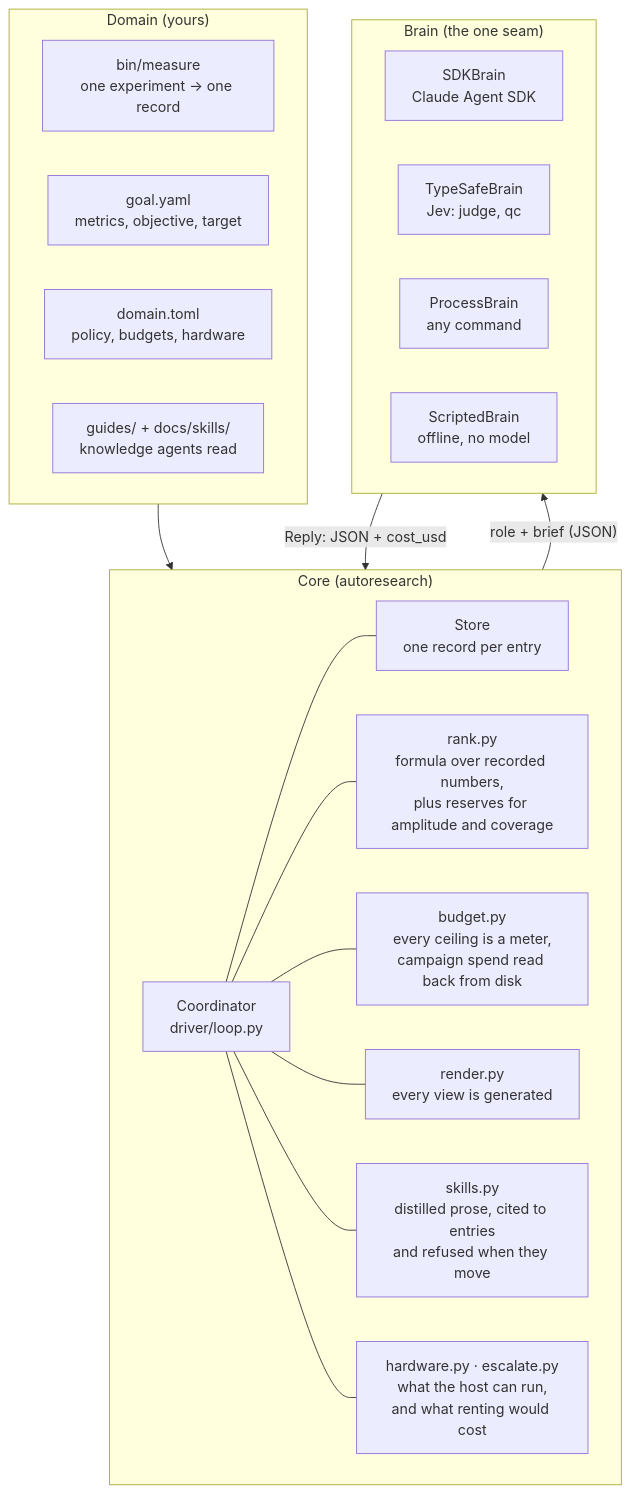
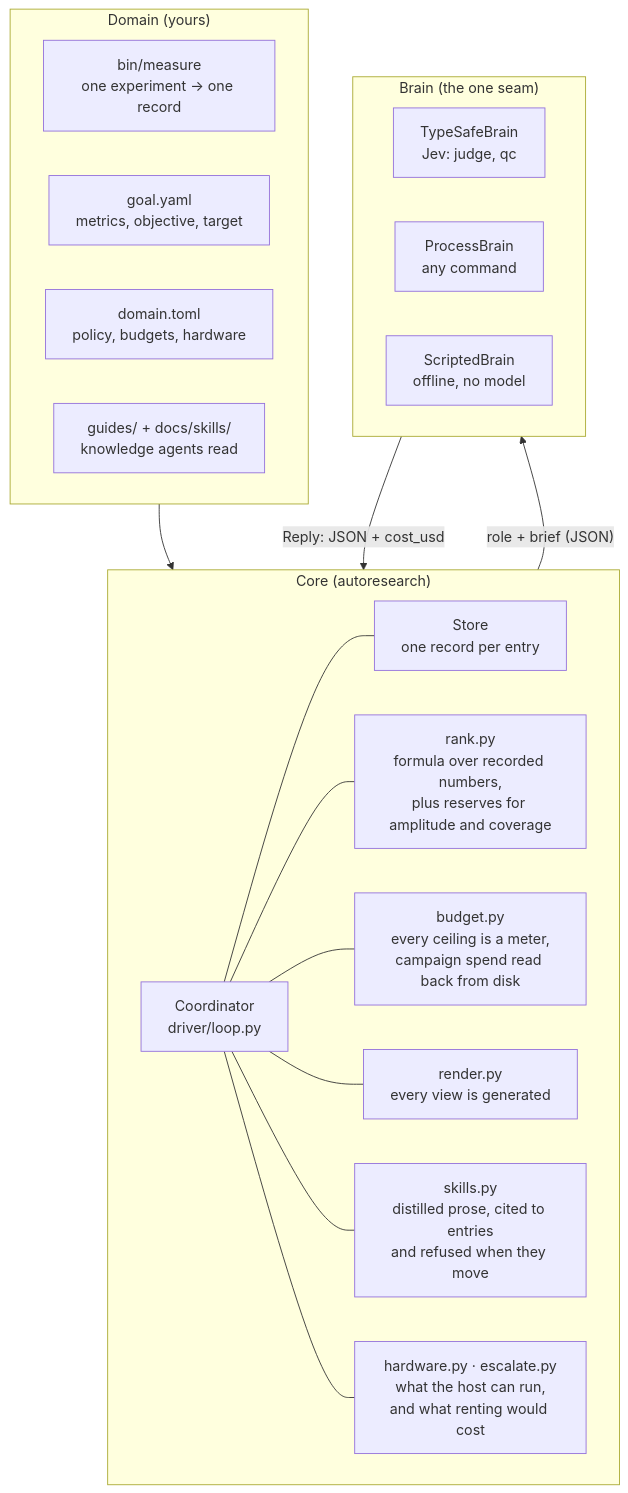
The first of 6 diagrams in docs/ARCHITECTURE.md (Ryun1/auto-research-toolkit), drawn with Mermaid before and after one commit. The commit also changed 12 other files, not shown here.

````diff
--- a/docs/ARCHITECTURE.md
+++ b/docs/ARCHITECTURE.md
@@ -18,39 +18,38 @@
 ```mermaid
 flowchart TB
     subgraph domain["Domain (yours)"]
         direction LR
         measure["bin/measure<br/>one experiment → one record"]
         goal["goal.yaml<br/>metrics, objective, target"]
         policy["domain.toml<br/>policy, budgets, hardware"]
         guides["guides/ + docs/skills/<br/>knowledge agents read"]
     end
 
     subgraph core["Core (autoresearch)"]
         direction LR
         coord["Coordinator<br/>driver/loop.py"]
         store["Store<br/>one record per entry"]
         rank["rank.py<br/>formula over recorded numbers,<br/>plus reserves for amplitude and coverage"]
         budget["budget.py<br/>every ceiling is a meter,<br/>campaign spend read back from disk"]
         render["render.py<br/>every view is generated"]
         skills["skills.py<br/>distilled prose, cited to entries<br/>and refused when they move"]
         hw["hardware.py · escalate.py<br/>what the host can run,<br/>and what renting would cost"]
     end
 
     subgraph brainlayer["Brain (the one seam)"]
         direction LR
-        sdk["SDKBrain<br/>Claude Agent SDK"]
         typesafe["TypeSafeBrain<br/>Jev: judge, qc"]
         process["ProcessBrain<br/>any command"]
         scripted["ScriptedBrain<br/>offline, no model"]
     end
 
     domain --> core
     core -->|"role + brief (JSON)"| brainlayer
     brainlayer -->|"Reply: JSON + cost_usd"| core
     coord --- store
     coord --- rank
     coord --- budget
     coord --- render
     coord --- skills
     coord --- hw
 ```
````
